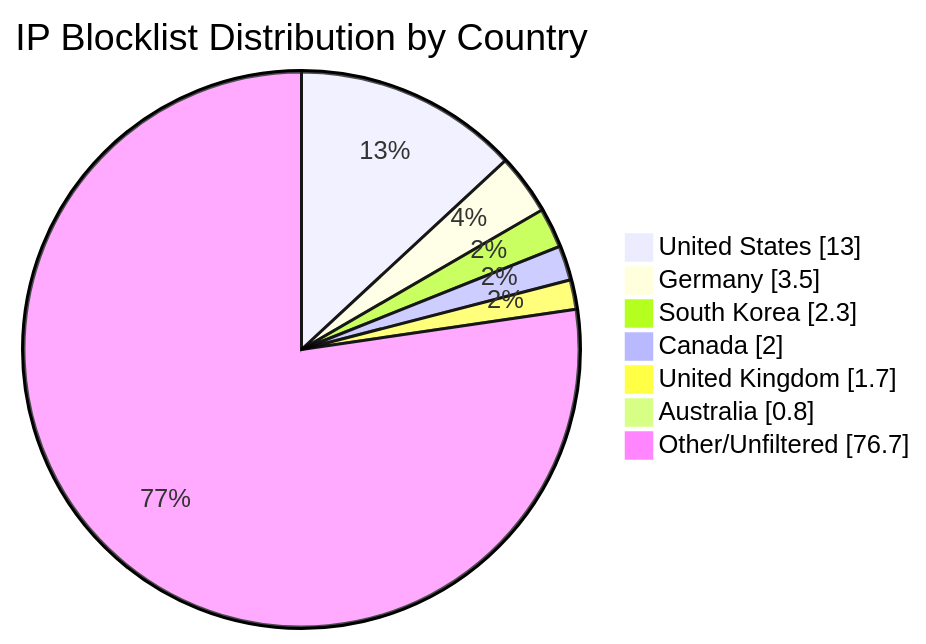
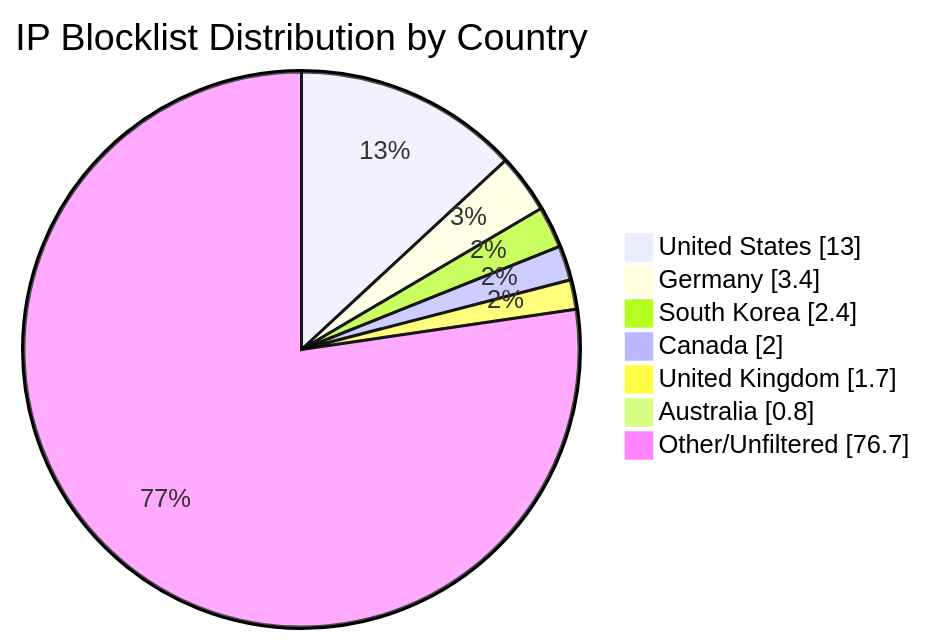
Before and after one commit to MarcusHoltz/ipblocklist-geofiltered-aggregator: the diagram in README.md, drawn with Mermaid. The commit also changed other lines of this file and 9 other files, not shown here.

````diff
--- a/README.md
+++ b/README.md
@@ -34,10 +34,10 @@
 ```mermaid
 pie showData title IP Blocklist Distribution by Country
 "United States" : 13.0
-"Germany" : 3.5
-"South Korea" : 2.3
+"Germany" : 3.4
+"South Korea" : 2.4
 "Canada" : 2.0
 "United Kingdom" : 1.7
 "Australia" : 0.8
 "Other/Unfiltered" : 76.7
 ```
````
